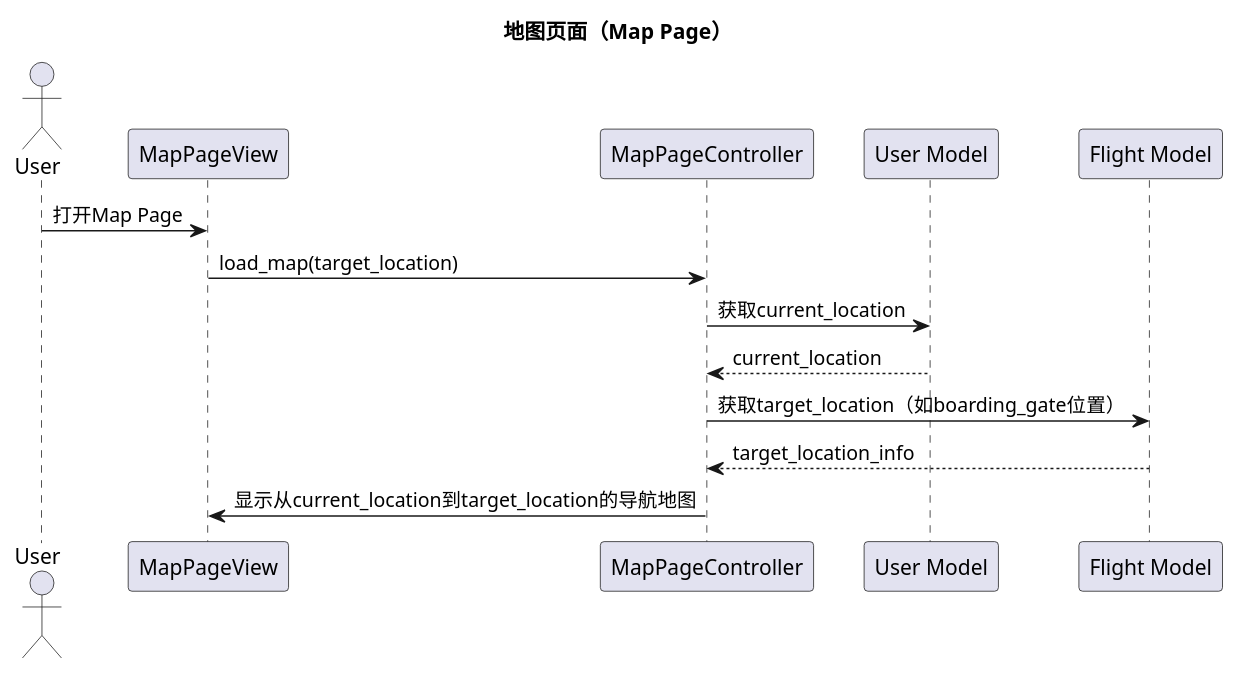
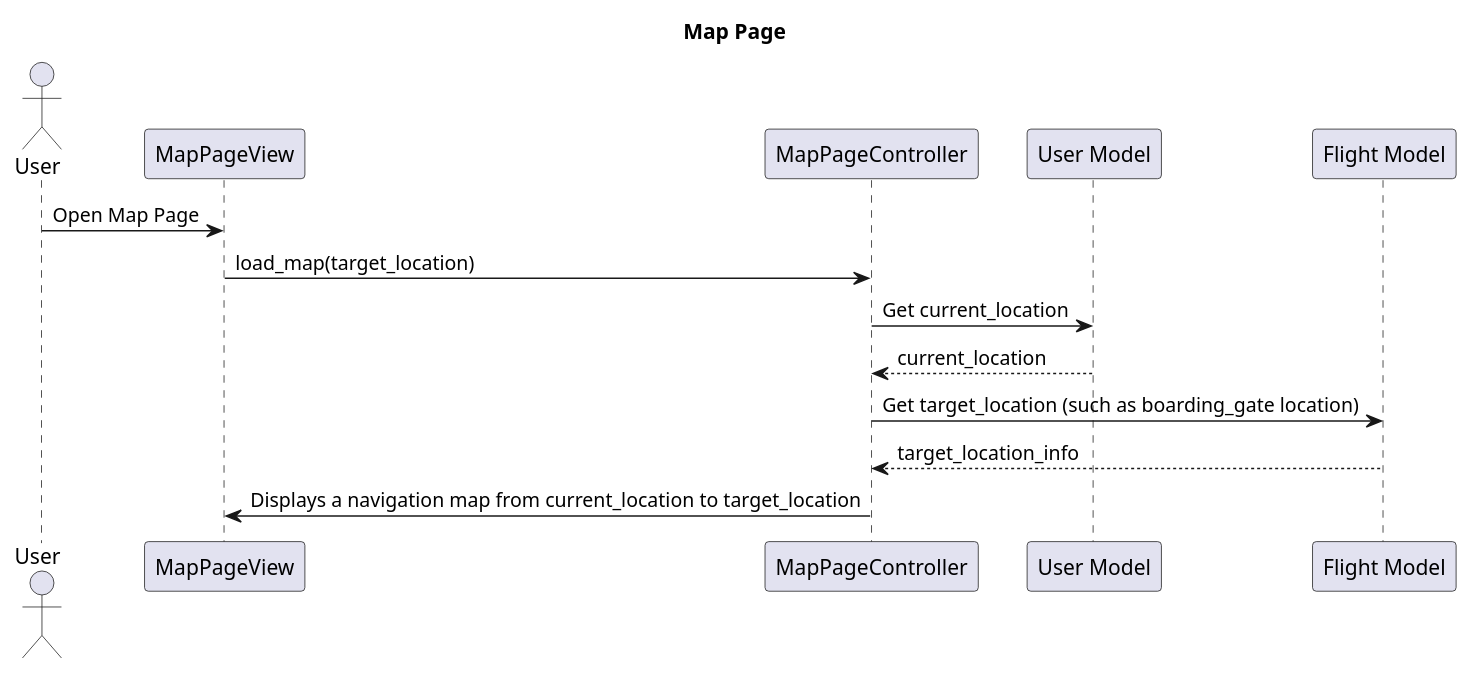
One commit to violeteye1234/group23_COMPS350F changed diagram 16 of 16 in planning/class_diagrams.md. Above: the diagram before and after it, drawn with PlantUML. The commit also changed other lines of this file, not shown here.

````diff
--- a/planning/class_diagrams.md
+++ b/planning/class_diagrams.md
@@ -465,19 +465,19 @@
 ```plantuml
 @startuml
-title 地图页面（Map Page）
+title Map Page
 
 actor User
 participant "MapPageView" as View
 participant "MapPageController" as Controller
 participant "User Model" as UserModel
 participant "Flight Model" as FlightModel
 
-User -> View: 打开Map Page
+User -> View: Open Map Page
 View -> Controller: load_map(target_location)
-Controller -> UserModel: 获取current_location
+Controller -> UserModel: Get current_location
 UserModel --> Controller: current_location
-Controller -> FlightModel: 获取target_location（如boarding_gate位置）
+Controller -> FlightModel:Get target_location (such as boarding_gate location)
 FlightModel --> Controller: target_location_info
-Controller -> View: 显示从current_location到target_location的导航地图
+Controller -> View: Displays a navigation map from current_location to target_location
 @enduml
 ```
````
